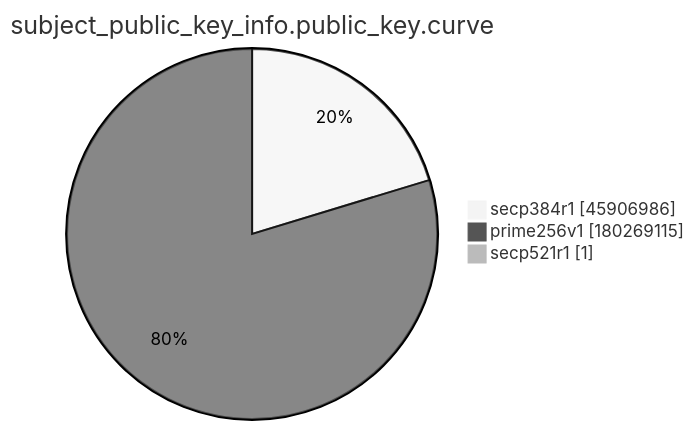
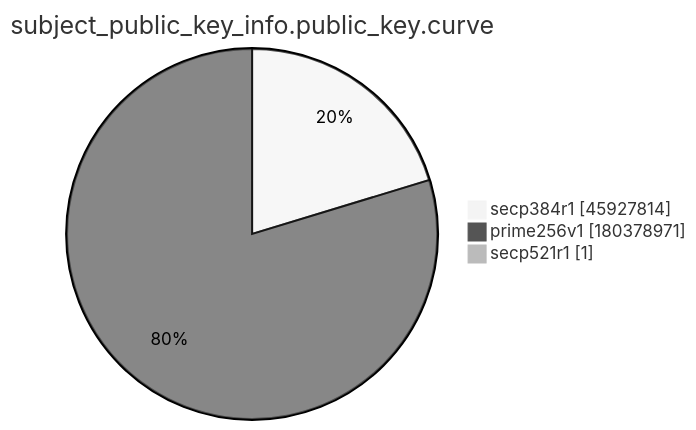
One commit to christiankrug/ctmonitor_visualization changed the ninth of 15 diagrams in xenon2022/README.md. Above: the diagram before and after it, drawn with Mermaid (neutral theme). The commit also changed other lines of this file, not shown here.

````diff
--- a/xenon2022/README.md
+++ b/xenon2022/README.md
@@ -2873,7 +2873,7 @@
 ```mermaid
 pie showData
 title subject_public_key_info.public_key.curve
-"secp384r1" :45906986
-"prime256v1" :180269115
+"secp384r1" :45927814
+"prime256v1" :180378971
 "secp521r1" :1
 ```
````
